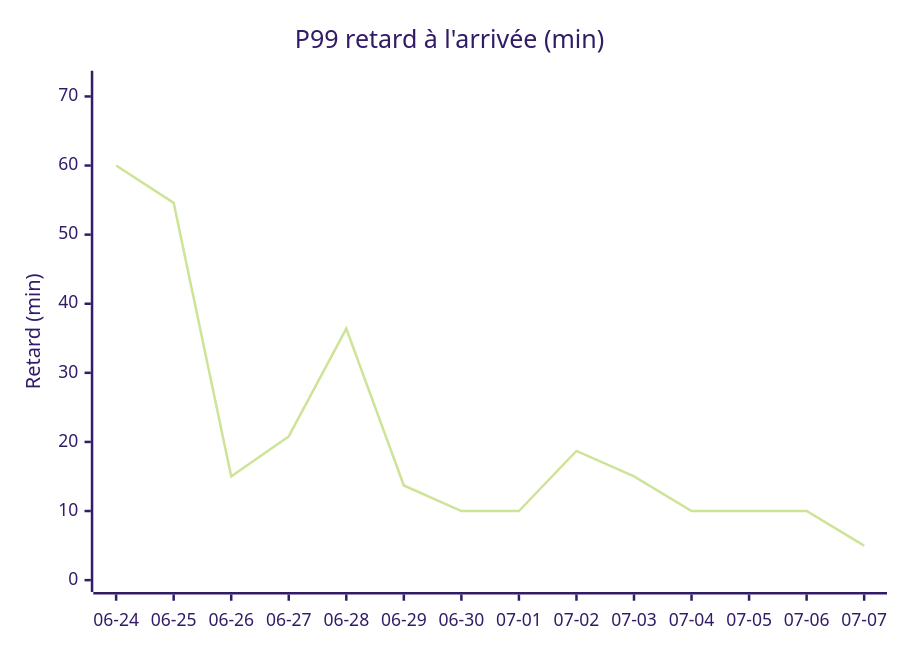
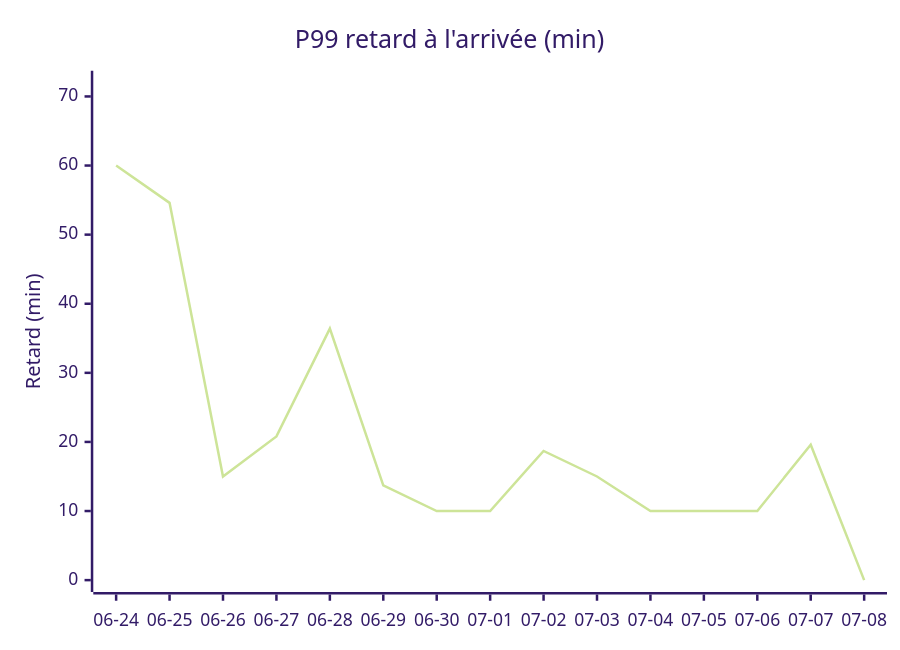
Before and after one commit to antoinerep/horaire-ter: the second of 4 diagrams in STATS.md, drawn with Mermaid (forest theme). The commit also changed other lines of this file and 1 other file, not shown here.

````diff
--- a/STATS.md
+++ b/STATS.md
@@ -39,7 +39,7 @@
 ```mermaid
 xychart-beta
     title "P99 retard à l'arrivée (min)"
-    x-axis ["06-24", "06-25", "06-26", "06-27", "06-28", "06-29", "06-30", "07-01", "07-02", "07-03", "07-04", "07-05", "07-06", "07-07"]
+    x-axis ["06-24", "06-25", "06-26", "06-27", "06-28", "06-29", "06-30", "07-01", "07-02", "07-03", "07-04", "07-05", "07-06", "07-07", "07-08"]
     y-axis "Retard (min)" 0 --> 72
-    line [60.0, 54.6, 15.0, 20.8, 36.4, 13.7, 10.0, 10.0, 18.7, 15.0, 10.0, 10.0, 10.0, 5.0]
+    line [60.0, 54.6, 15.0, 20.8, 36.4, 13.7, 10.0, 10.0, 18.7, 15.0, 10.0, 10.0, 10.0, 19.6, 0.0]
 ```
````
